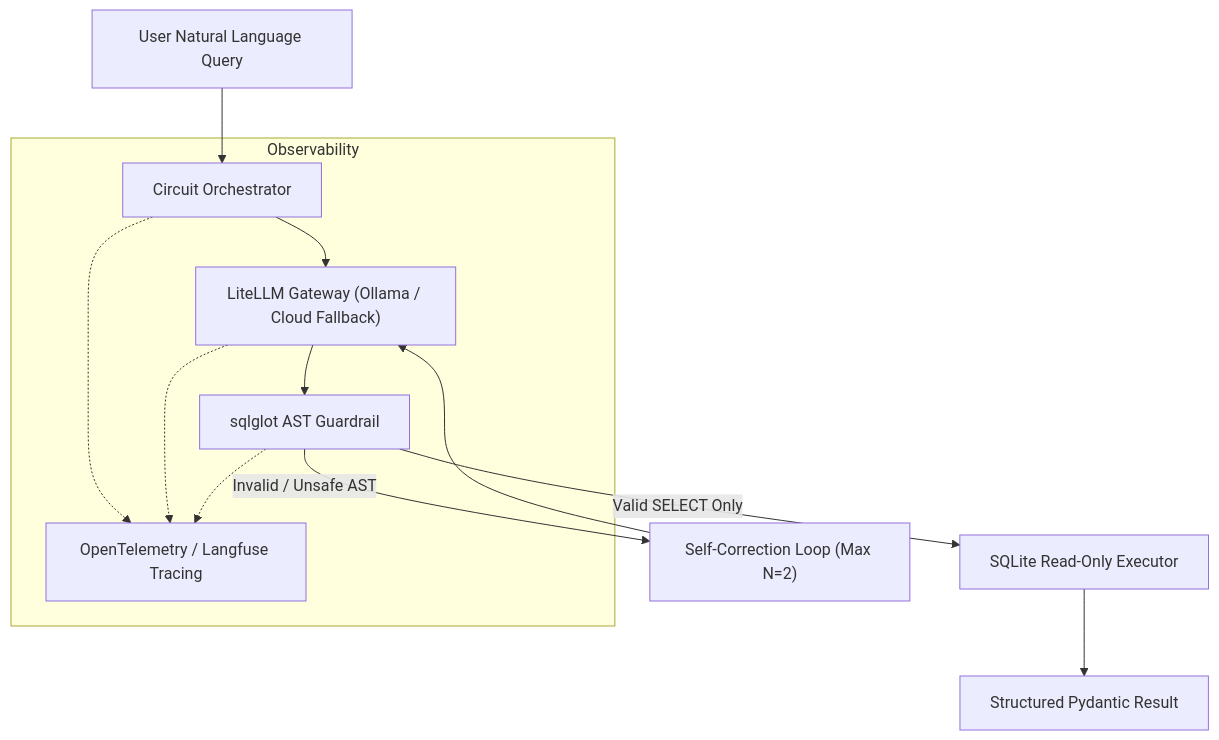
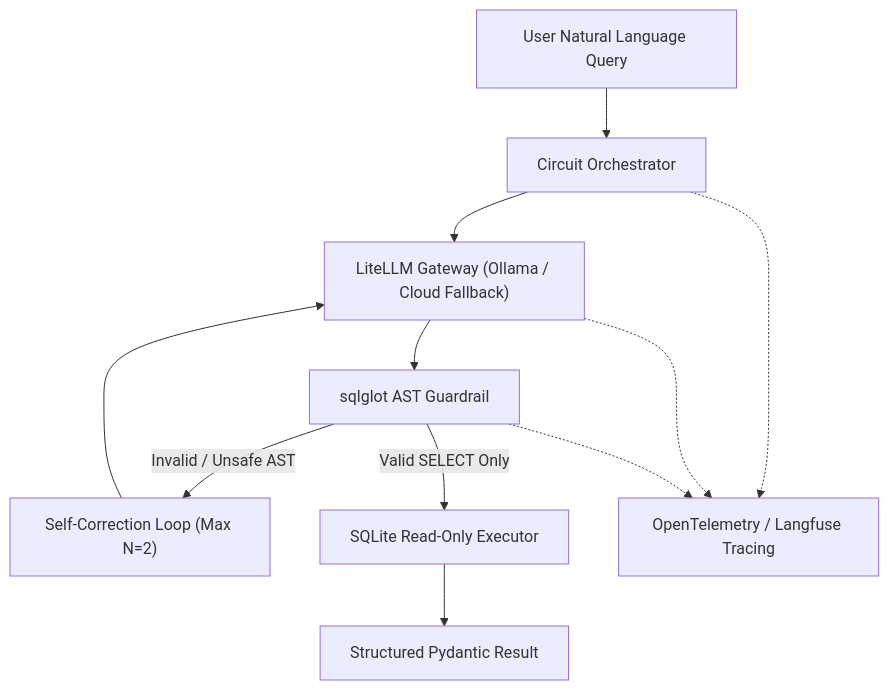
The diagram in README.md (aymanaboghonim/sql-circuit-guard), drawn with Mermaid before and after one commit.

Commit message:
docs: close mermaid code block correctly in README

````diff
--- a/README.md
+++ b/README.md
@@ -17,16 +17,16 @@
 ```mermaid
 graph TD
     User["User Natural Language Query"] --> Orchestrator["Circuit Orchestrator"]
     Orchestrator --> Gateway["LiteLLM Gateway (Ollama / Cloud Fallback)"]
     Gateway --> ASTGuard["sqlglot AST Guardrail"]
-    ASTGuard -->|Invalid / Unsafe AST| Feedback["Self-Correction Loop (Max N=2)"]
-    Feedback --> Gateway
+
+    ASTGuard -->|Invalid / Unsafe AST| Loop["Self-Correction Loop (Max N=2)"]
+    Loop --> Gateway
+
     ASTGuard -->|Valid SELECT Only| DB["SQLite Read-Only Executor"]
     DB --> Output["Structured Pydantic Result"]
 
-    subgraph Observability
-        Orchestrator -.-> Langfuse["OpenTelemetry / Langfuse Tracing"]
-        Gateway -.-> Langfuse
-        ASTGuard -.-> Langfuse
-    end
+    Orchestrator -.-> Tracing["OpenTelemetry / Langfuse Tracing"]
+    Gateway -.-> Tracing
+    ASTGuard -.-> Tracing
 ```
````
